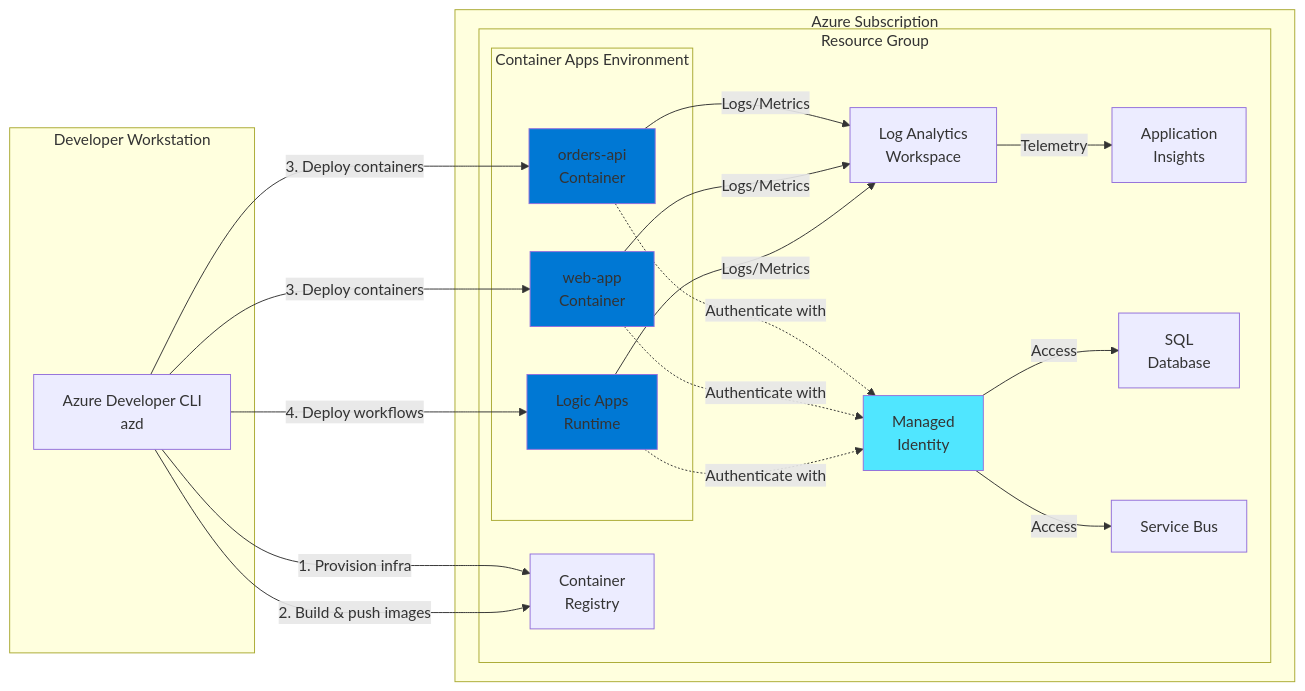
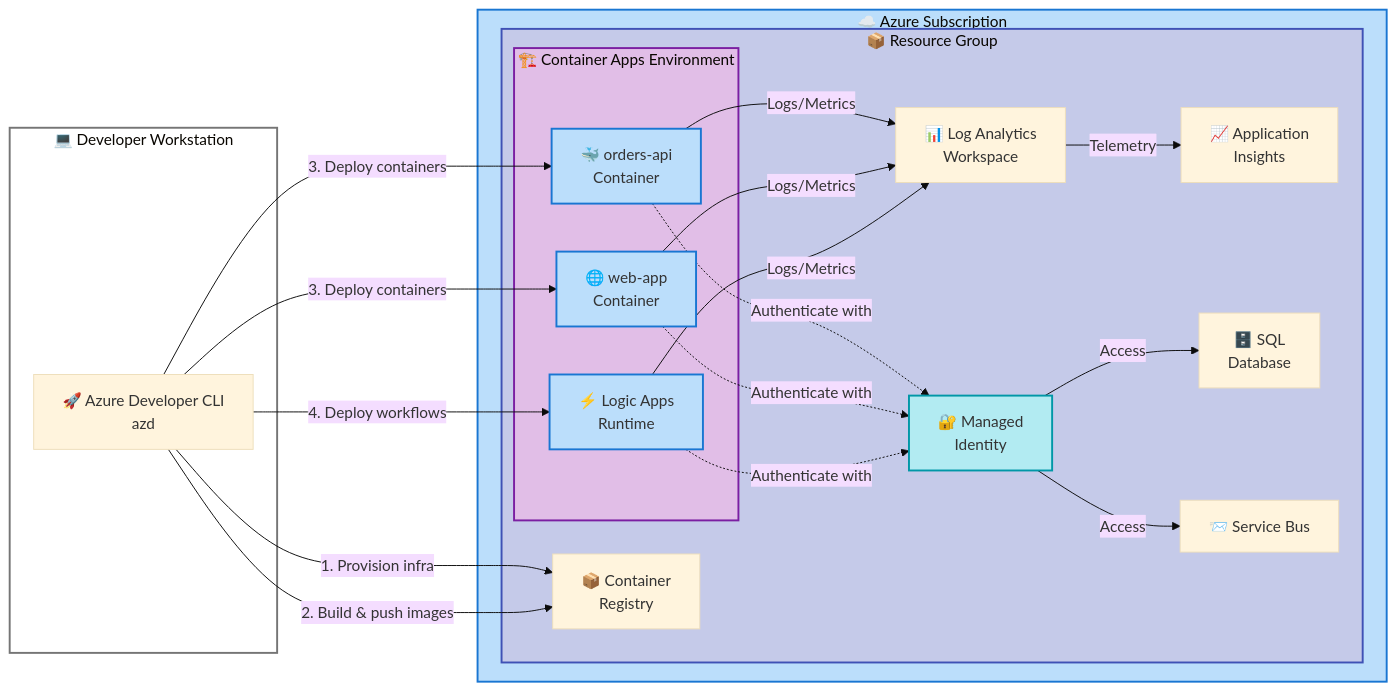
One commit to Evilazaro/Azure-LogicApps-Monitoring changed the third of 4 diagrams in README.md. Above: the diagram before and after it, drawn with Mermaid. The commit also changed other lines of this file, not shown here.

Commit message:
docs: enhance mermaid diagrams with accessibility features and improved color scheme

````diff
--- a/README.md
+++ b/README.md
@@ -392,47 +406,66 @@
 ```mermaid
+---
+config:
+  theme: base
+---
 graph LR
-    subgraph "Developer Workstation"
-        CLI[Azure Developer CLI<br/>azd]
+    accTitle: Deployment Architecture Diagram
+    accDescr: Azure infrastructure deployment showing developer workstation using Azure CLI to provision and deploy containers, registries, and Azure services with managed identity authentication and Log Analytics monitoring
+    subgraph dev["💻 Developer Workstation"]
+        CLI["🚀 Azure Developer CLI<br/>azd"]
     end
 
-    subgraph "Azure Subscription"
-        subgraph "Resource Group"
-            subgraph "Container Apps Environment"
-                CA1[orders-api<br/>Container]
-                CA2[web-app<br/>Container]
-                CA3[Logic Apps<br/>Runtime]
+    subgraph azure["☁️ Azure Subscription"]
+        subgraph rg["📦 Resource Group"]
+            subgraph cae["🏗️ Container Apps Environment"]
+                CA1["🐳 orders-api<br/>Container"]
+                CA2["🌐 web-app<br/>Container"]
+                CA3["⚡ Logic Apps<br/>Runtime"]
             end
 
-            ACR[Container<br/>Registry]
-            LAW[Log Analytics<br/>Workspace]
-            APPI[Application<br/>Insights]
-            SQL[SQL<br/>Database]
-            SB[Service Bus]
-            MI[Managed<br/>Identity]
+            ACR["📦 Container<br/>Registry"]
+            LAW["📊 Log Analytics<br/>Workspace"]
+            APPI["📈 Application<br/>Insights"]
+            SQL["🗄️ SQL<br/>Database"]
+            SB["📨 Service Bus"]
+            MI["🔐 Managed<br/>Identity"]
         end
     end
 
     CLI -->|1. Provision infra| ACR
     CLI -->|2. Build & push images| ACR
     CLI -->|3. Deploy containers| CA1
     CLI -->|3. Deploy containers| CA2
     CLI -->|4. Deploy workflows| CA3
 
     CA1 -.->|Authenticate with| MI
     CA2 -.->|Authenticate with| MI
     CA3 -.->|Authenticate with| MI
 
     MI -->|Access| SQL
     MI -->|Access| SB
 
     CA1 -->|Logs/Metrics| LAW
     CA2 -->|Logs/Metrics| LAW
     CA3 -->|Logs/Metrics| LAW
 
     LAW -->|Telemetry| APPI
 
-    style CA1 fill:#0078d4
-    style CA2 fill:#0078d4
-    style CA3 fill:#0078d4
-    style MI fill:#50e6ff
+    style dev fill:#FFFFFF,stroke:#757575,stroke-width:2px
+    style azure fill:#BBDEFB,stroke:#1976D2,stroke-width:2px
+    style rg fill:#C5CAE9,stroke:#3F51B5,stroke-width:2px
+    style cae fill:#E1BEE7,stroke:#7B1FA2,stroke-width:2px
+    style CA1 fill:#BBDEFB,stroke:#1976D2,stroke-width:2px
+    style CA2 fill:#BBDEFB,stroke:#1976D2,stroke-width:2px
+    style CA3 fill:#BBDEFB,stroke:#1976D2,stroke-width:2px
+    style MI fill:#B2EBF2,stroke:#0097A7,stroke-width:2px
+
+    %% Material Design 100-level colors applied
+    %% Main container: #FFFFFF (white)
+    %% Azure layer: #BBDEFB (Blue 100 - cloud infrastructure)
+    %% Resource Group: #C5CAE9 (Indigo 100 - hierarchical container)
+    %% Container Apps: #E1BEE7 (Purple 100 - compute layer)
+    %% Containers: #BBDEFB (Blue 100 - services)
+    %% Managed Identity: #B2EBF2 (Cyan 100 - security/identity)
+    %% All colors WCAG AA compliant (4.5:1 contrast ratio)
 ```
````
